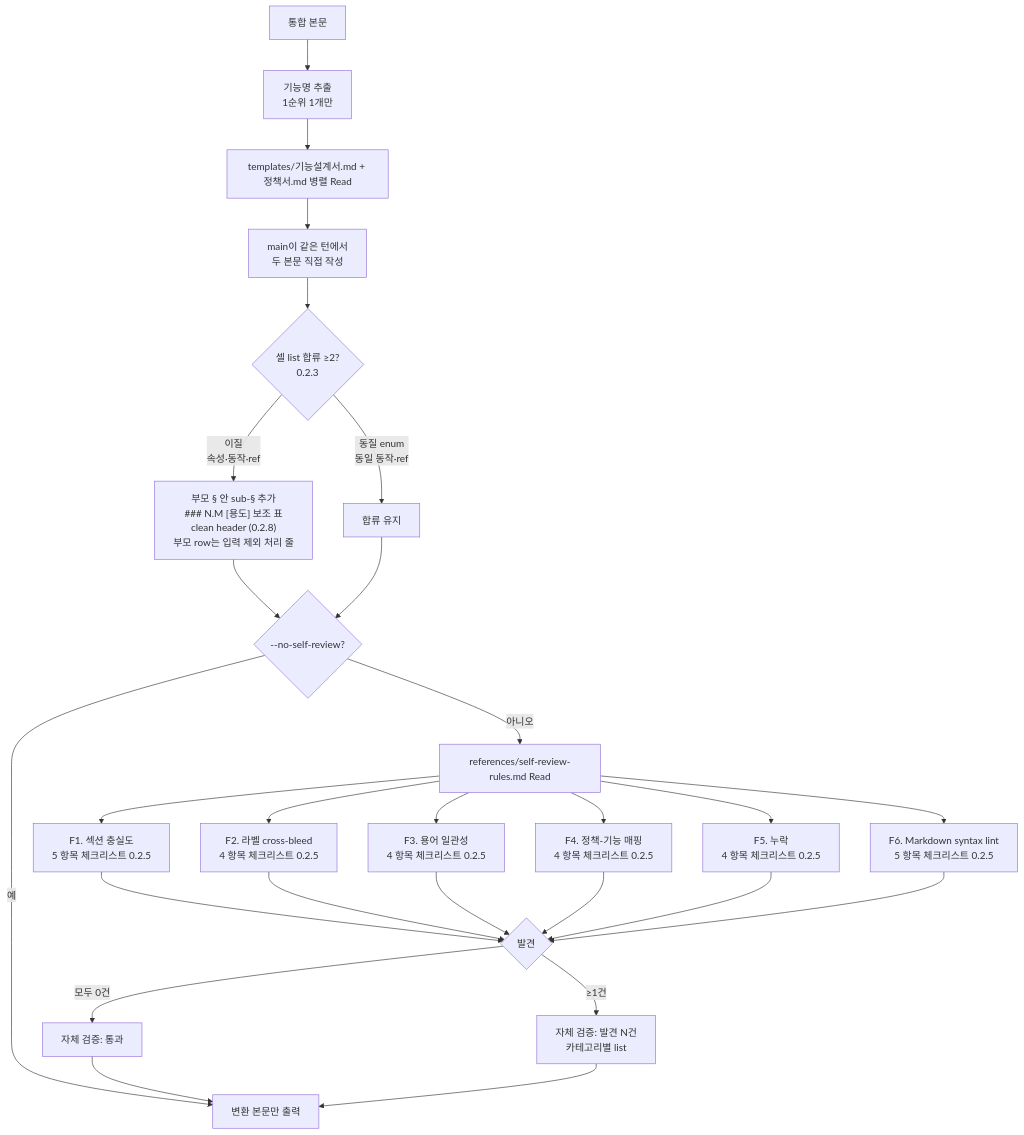
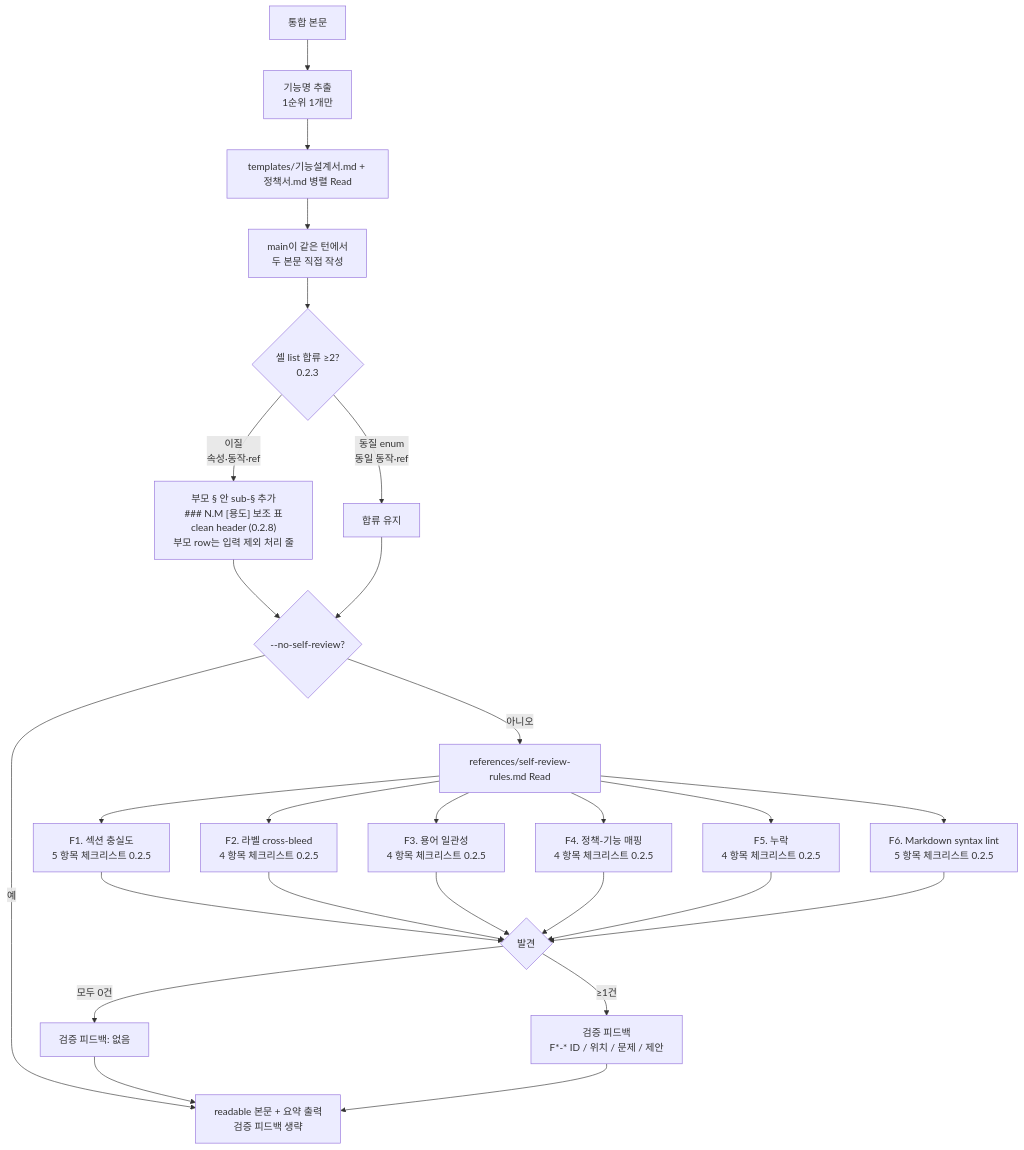
Before and after one commit to inkwonjung-colosseum/plugins: the seventh of 11 diagrams in planning-kit/docs/planning-format-workflow.md, drawn with Mermaid. The commit also changed other lines of this file and 24 other files, not shown here.

````diff
--- a/planning-kit/docs/planning-format-workflow.md
+++ b/planning-kit/docs/planning-format-workflow.md
@@ -165,32 +165,32 @@
 ```mermaid
 flowchart TD
   CB[통합 본문] --> NA[기능명 추출<br/>1순위 1개만]
   NA --> RD[templates/기능설계서.md + 정책서.md 병렬 Read]
   RD --> WR[main이 같은 턴에서<br/>두 본문 직접 작성]
   WR --> LD{셀 list 합류 ≥2?<br/>0.2.3}
   LD -->|이질<br/>속성·동작·ref| AUX["부모 § 안 sub-§ 추가<br/>### N.M [용도] 보조 표<br/>clean header (0.2.8)<br/>부모 row는 입력 제외 처리 줄"]
   LD -->|동질 enum<br/>동일 동작·ref| KEEP[합류 유지]
   AUX --> NSR{--no-self-review?}
   KEEP --> NSR
-  NSR -->|예| OUT[변환 본문만 출력]
+  NSR -->|예| OUT["readable 본문 + 요약 출력<br/>검증 피드백 생략"]
   NSR -->|아니오| SR[references/self-review-rules.md Read]
 
   SR --> F1[F1. 섹션 충실도<br/>5 항목 체크리스트 0.2.5]
   SR --> F2[F2. 라벨 cross-bleed<br/>4 항목 체크리스트 0.2.5]
   SR --> F3[F3. 용어 일관성<br/>4 항목 체크리스트 0.2.5]
   SR --> F4[F4. 정책-기능 매핑<br/>4 항목 체크리스트 0.2.5]
   SR --> F5[F5. 누락<br/>4 항목 체크리스트 0.2.5]
   SR --> F6[F6. Markdown syntax lint<br/>5 항목 체크리스트 0.2.5]
 
   F1 --> RES{발견}
   F2 --> RES
   F3 --> RES
   F4 --> RES
   F5 --> RES
   F6 --> RES
-  RES -->|모두 0건| PASS[자체 검증: 통과]
-  RES -->|≥1건| FOUND[자체 검증: 발견 N건<br/>카테고리별 list]
+  RES -->|모두 0건| PASS["검증 피드백: 없음"]
+  RES -->|≥1건| FOUND["검증 피드백<br/>F*-* ID / 위치 / 문제 / 제안"]
 
   PASS --> OUT
   FOUND --> OUT
 ```
````
